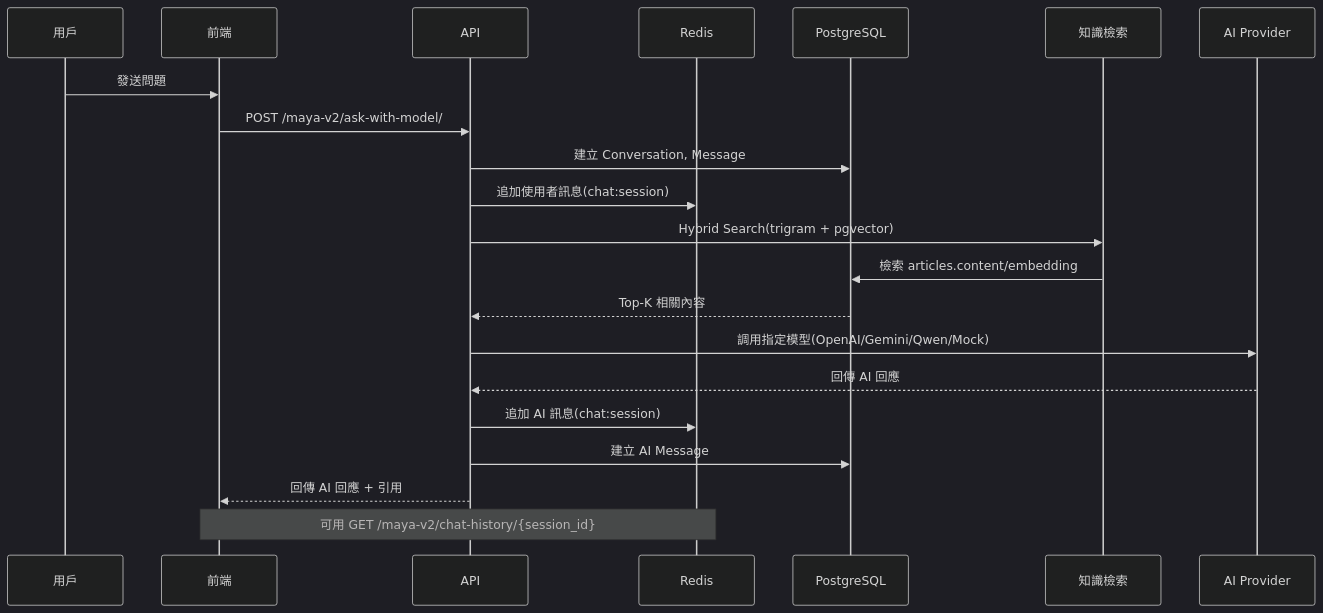
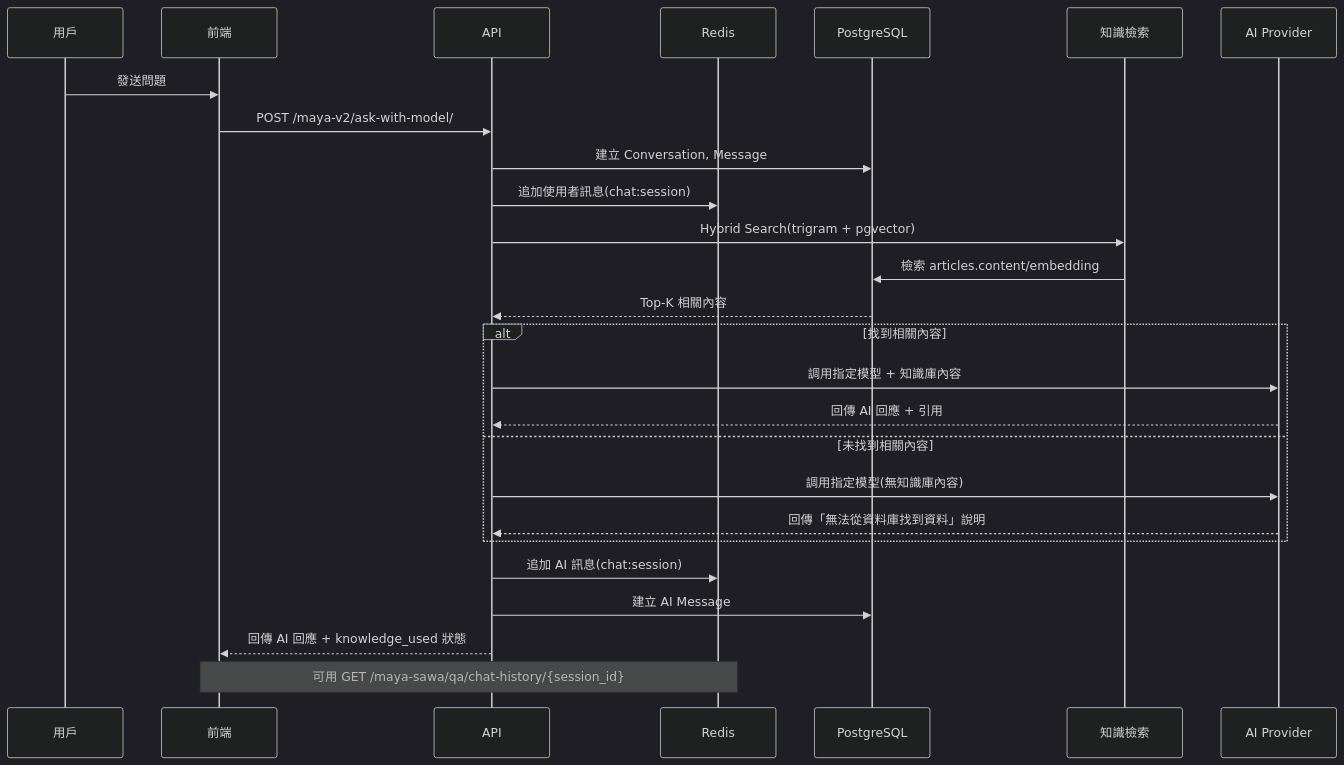
Before and after one commit to Vinskao/maya-sawa-v2: the second of 3 diagrams in README.md, drawn with Mermaid (dark theme). The commit also changed other lines of this file and 22 other files, not shown here.

````diff
--- a/README.md
+++ b/README.md
@@ -69,25 +69,32 @@
 ```mermaid
 sequenceDiagram
     participant U as 用戶
     participant F as 前端
     participant A as API
     participant R as Redis
     participant DB as PostgreSQL
     participant KM as 知識檢索
     participant AI as AI Provider
 
     U->>F: 發送問題
     F->>A: POST /maya-v2/ask-with-model/
     A->>DB: 建立 Conversation, Message
     A->>R: 追加使用者訊息(chat:session)
     A->>KM: Hybrid Search(trigram + pgvector)
     KM->>DB: 檢索 articles.content/embedding
     DB-->>A: Top-K 相關內容
-    A->>AI: 調用指定模型(OpenAI/Gemini/Qwen/Mock)
-    AI-->>A: 回傳 AI 回應
+    
+    alt 找到相關內容
+        A->>AI: 調用指定模型 + 知識庫內容
+        AI-->>A: 回傳 AI 回應 + 引用
+    else 未找到相關內容
+        A->>AI: 調用指定模型(無知識庫內容)
+        AI-->>A: 回傳「無法從資料庫找到資料」說明
+    end
+    
     A->>R: 追加 AI 訊息(chat:session)
     A->>DB: 建立 AI Message
-    A-->>F: 回傳 AI 回應 + 引用
+    A-->>F: 回傳 AI 回應 + knowledge_used 狀態
 
-    Note over F,R: 可用 GET /maya-v2/chat-history/{session_id}
+    Note over F,R: 可用 GET /maya-sawa/qa/chat-history/{session_id}
 ```
````
